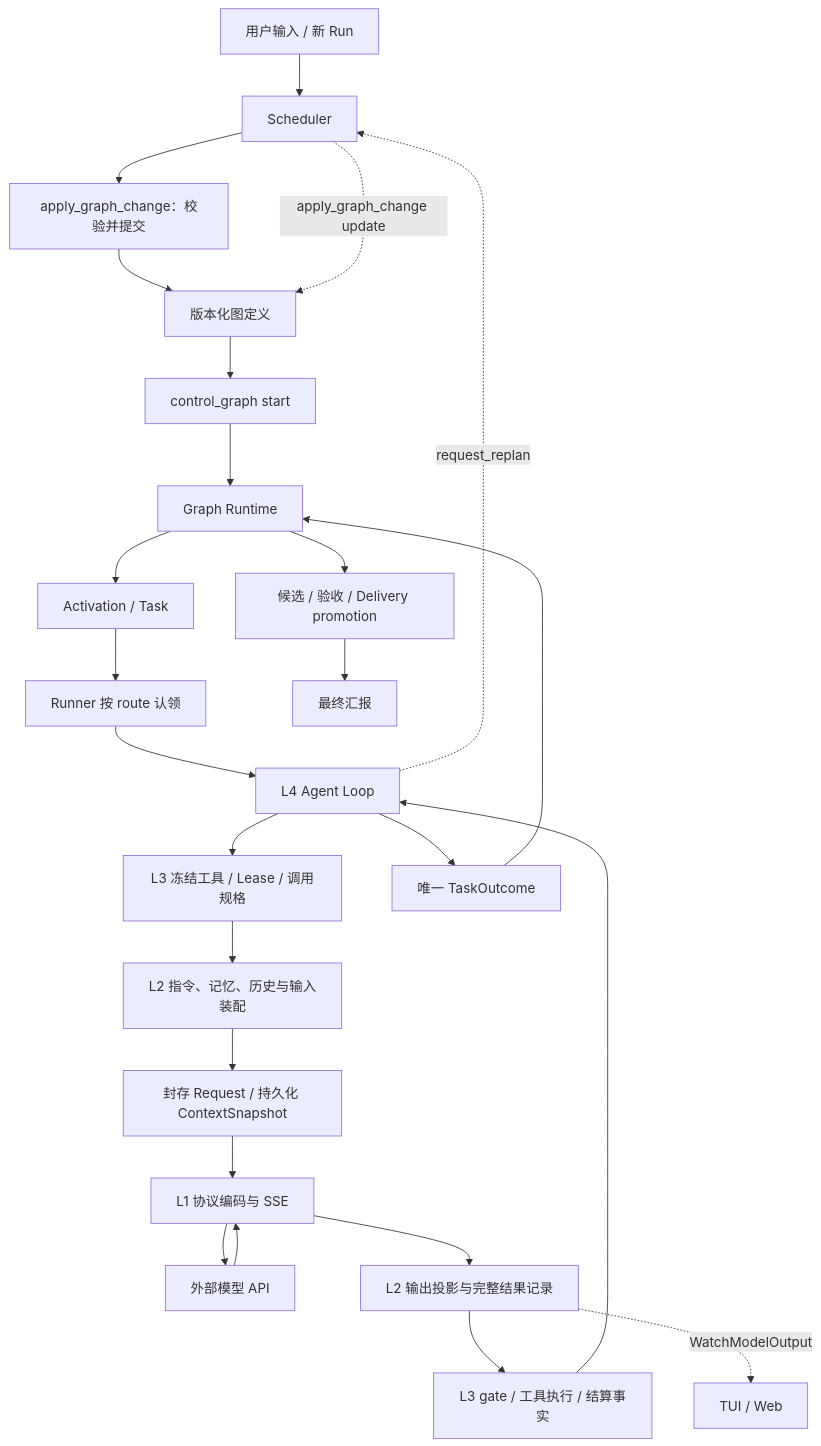
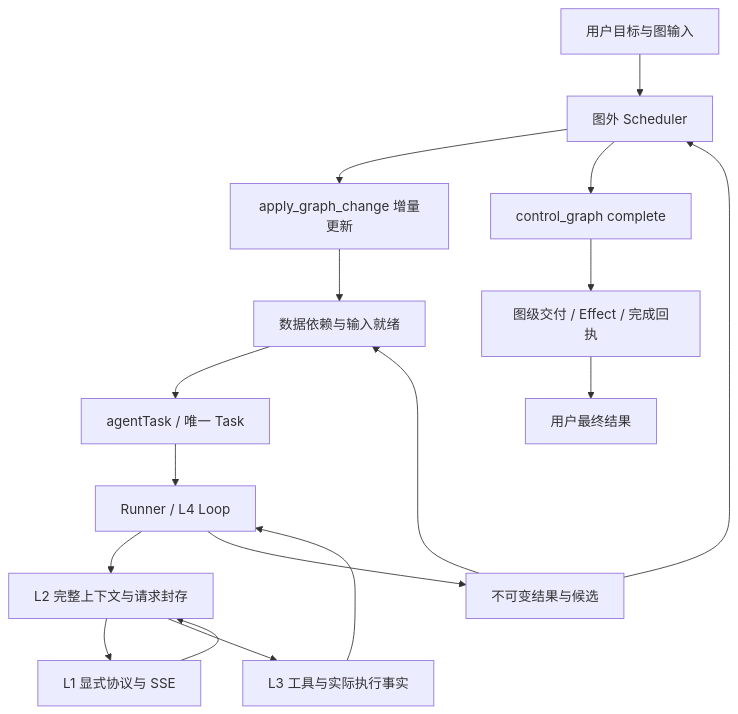
Before and after one commit to wizardG7777777/AgentGo: the diagram in Archtechture.md, drawn with Mermaid. The commit also changed other lines of this file and 246 other files, not shown here.

First line of the commit message:
refactor(graph)!: replace control nodes with agentTask dataflow

````diff
--- a/Archtechture.md
+++ b/Archtechture.md
@@ -7,27 +5,19 @@
 ```mermaid
 flowchart TD
-    Input[用户输入 / 新 Run] --> Scheduler[Scheduler]
-    Scheduler --> Apply[apply_graph_change：校验并提交]
-    Apply --> Definition[版本化图定义]
-    Definition --> Control[control_graph start]
-    Control --> Graph[Graph Runtime]
-    Graph --> Activation[Activation / Task]
-    Activation --> Runner[Runner 按 route 认领]
-    Runner --> Loop[L4 Agent Loop]
-    Loop --> L3[L3 冻结工具 / Lease / 调用规格]
-    L3 --> L2[L2 指令、记忆、历史与输入装配]
-    L2 --> Snapshot[封存 Request / 持久化 ContextSnapshot]
-    Snapshot --> L1[L1 协议编码与 SSE]
-    L1 --> Provider[外部模型 API]
-    Provider --> L1
-    L1 --> Output[L2 输出投影与完整结果记录]
-    Output --> Gate[L3 gate / 工具执行 / 结算事实]
-    Gate --> Loop
-    Loop --> Outcome[唯一 TaskOutcome]
-    Outcome --> Graph
-    Graph --> Delivery[候选 / 验收 / Delivery promotion]
-    Delivery --> Report[最终汇报]
-    Output -. WatchModelOutput .-> UI[TUI / Web]
-    Loop -. request_replan .-> Scheduler
-    Scheduler -. apply_graph_change update .-> Definition
+ U[用户目标与图输入] --> S[图外 Scheduler]
+ S --> A[apply_graph_change 增量更新]
+ A --> G[数据依赖与输入就绪]
+ G --> T[agentTask / 唯一 Task]
+ T --> R[Runner / L4 Loop]
+ R --> L2[L2 完整上下文与请求封存]
+ L2 --> L1[L1 显式协议与 SSE]
+ L1 --> L2
+ L2 --> H[L3 工具与实际执行事实]
+ H --> R
+ R --> O[不可变结果与候选]
+ O --> G
+ O --> S
+ S --> C[control_graph complete]
+ C --> D[图级交付 / Effect / 完成回执]
+ D --> UI[用户最终结果]
 ```
````
